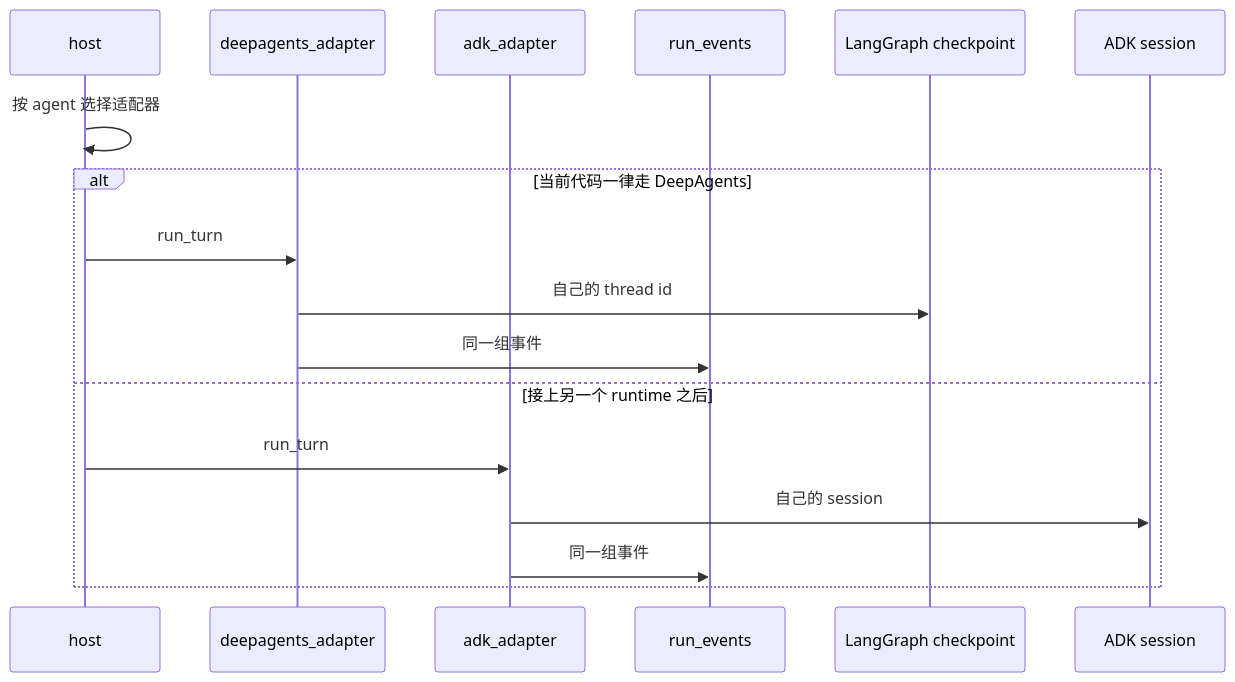
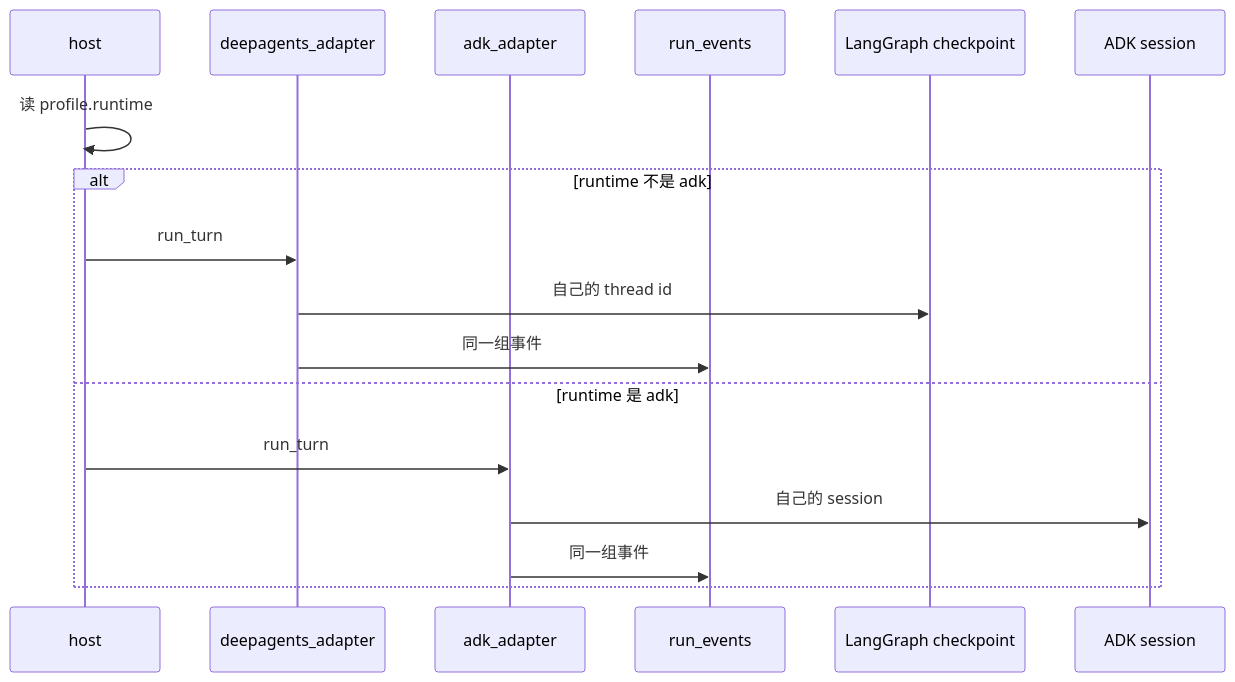
The third of 3 diagrams in viknow3-work/docs/agent/runtime.md (bigwubro/viknow-cloud-agent-bridge), drawn with Mermaid before and after one commit. The commit also changed other lines of this file and 25 other files, not shown here.

First line of the commit message:
Add an ADK knowledge agent with its own profile.

````diff
--- a/viknow3-work/docs/agent/runtime.md
+++ b/viknow3-work/docs/agent/runtime.md
@@ -109,20 +109,20 @@
 ```mermaid
 sequenceDiagram
   participant Host as host
   participant DA as deepagents_adapter
   participant ADK as adk_adapter
   participant Events as run_events
   participant Ckpt as LangGraph checkpoint
   participant Sess as ADK session
 
-  Host->>Host: 按 agent 选择适配器
-  alt 当前代码一律走 DeepAgents
+  Host->>Host: 读 profile.runtime
+  alt runtime 不是 adk
     Host->>DA: run_turn
     DA->>Ckpt: 自己的 thread id
     DA->>Events: 同一组事件
-  else 接上另一个 runtime 之后
+  else runtime 是 adk
     Host->>ADK: run_turn
     ADK->>Sess: 自己的 session
     ADK->>Events: 同一组事件
   end
 ```
````
